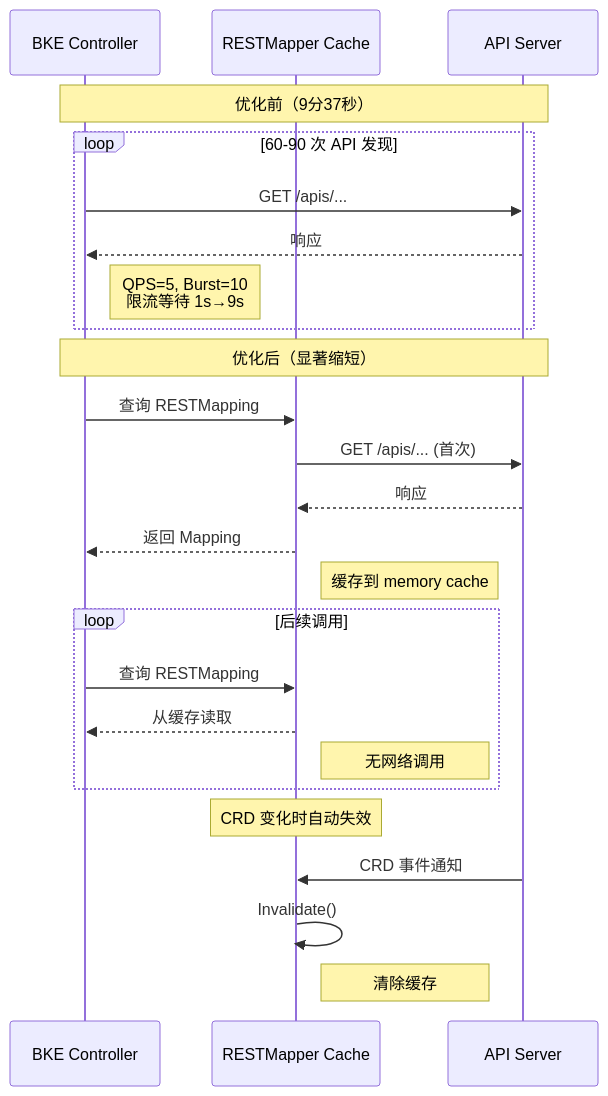
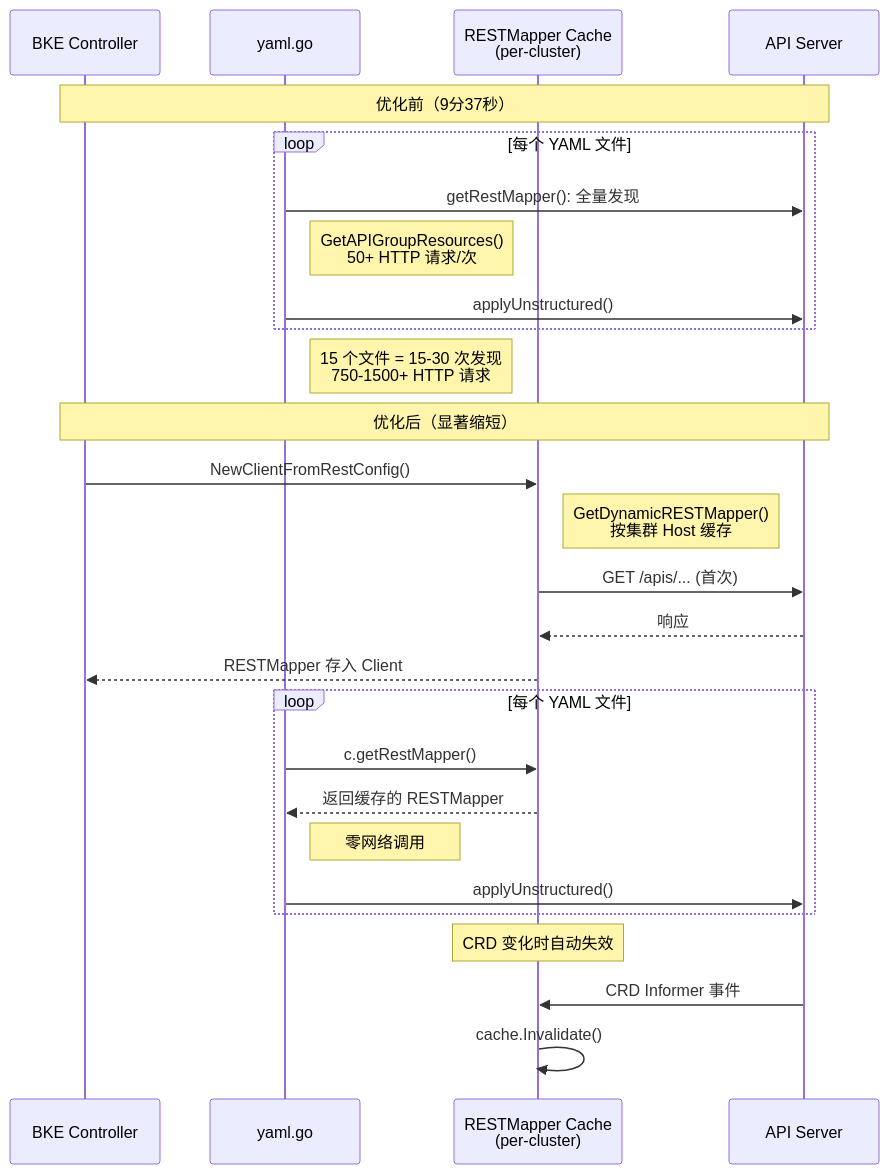
One commit to javadoors/cluster-api-provider-bke changed the second of 7 diagrams in code/performance/report/api-throttling-optimization.md. Above: the diagram before and after it, drawn with Mermaid. The commit also changed other lines of this file, not shown here.

````diff
--- a/code/performance/report/api-throttling-optimization.md
+++ b/code/performance/report/api-throttling-optimization.md
@@ -597,29 +883,32 @@
 ```mermaid
 sequenceDiagram
     participant Client as BKE Controller
-    participant Cache as RESTMapper Cache
+    participant YAML as yaml.go
+    participant Mapper as RESTMapper Cache<br/>(per-cluster)
     participant API as API Server
     
     Note over Client,API: 优化前（9分37秒）
-    loop 60-90 次 API 发现
-        Client->>API: GET /apis/...
-        API-->>Client: 响应
-        Note right of Client: QPS=5, Burst=10<br/>限流等待 1s→9s
+    loop 每个 YAML 文件
+        YAML->>API: getRestMapper(): 全量发现
+        Note right of YAML: GetAPIGroupResources()<br/>50+ HTTP 请求/次
+        YAML->>API: applyUnstructured()
     end
+    Note right of YAML: 15 个文件 = 15-30 次发现<br/>750-1500+ HTTP 请求
     
     Note over Client,API: 优化后（显著缩短）
-    Client->>Cache: 查询 RESTMapping
-    Cache->>API: GET /apis/... (首次)
-    API-->>Cache: 响应
-    Cache-->>Client: 返回 Mapping
-    Note right of Cache: 缓存到 memory cache
-    loop 后续调用
-        Client->>Cache: 查询 RESTMapping
-        Cache-->>Client: 从缓存读取
-        Note right of Cache: 无网络调用
+    Client->>Mapper: NewClientFromRestConfig()
+    Note right of Mapper: GetDynamicRESTMapper()<br/>按集群 Host 缓存
+    Mapper->>API: GET /apis/... (首次)
+    API-->>Mapper: 响应
+    Mapper-->>Client: RESTMapper 存入 Client
+    
+    loop 每个 YAML 文件
+        YAML->>Mapper: c.getRestMapper()
+        Mapper-->>YAML: 返回缓存的 RESTMapper
+        Note right of YAML: 零网络调用
+        YAML->>API: applyUnstructured()
     end
-    Note over Cache: CRD 变化时自动失效
-    API->>Cache: CRD 事件通知
-    Cache->>Cache: Invalidate()
-    Note right of Cache: 清除缓存
+    Note over Mapper: CRD 变化时自动失效
+    API->>Mapper: CRD Informer 事件
+    Mapper->>Mapper: cache.Invalidate()
 ```
````
